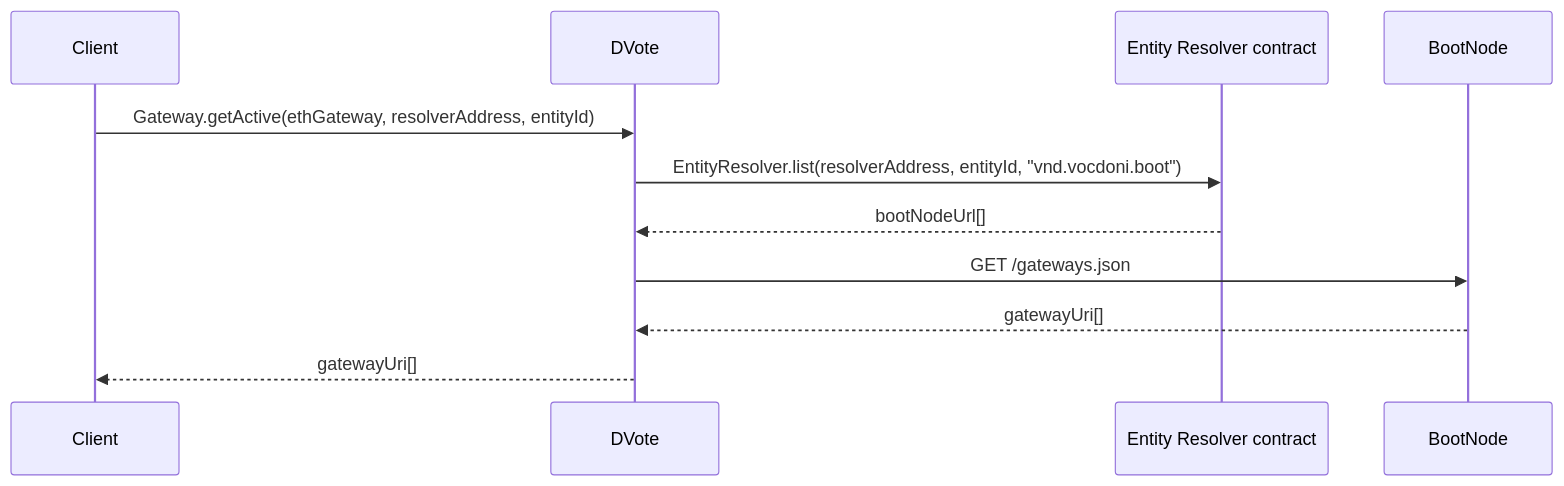
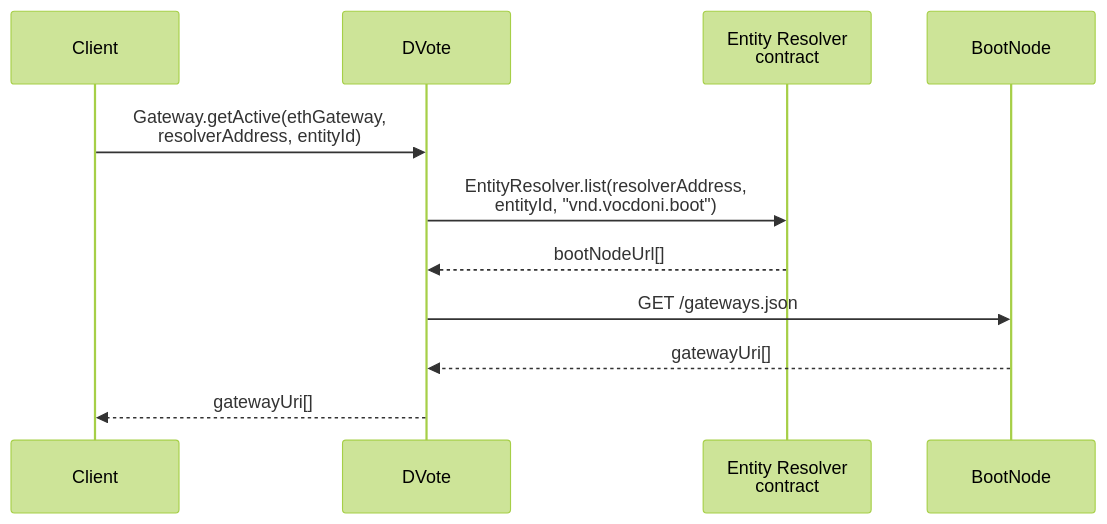
One commit to vocdoni/docs changed the first of 10 diagrams in src/architecture/sequence-diagrams.md. Above: the diagram before and after it, drawn with Mermaid. The commit also changed other lines of this file and 1 other file, not shown here.

Commit message:
Improve mermaid sequence diagrams

````diff
--- a/src/architecture/sequence-diagrams.md
+++ b/src/architecture/sequence-diagrams.md
@@ -37,17 +34,18 @@
 ```mermaid
+%%{init: {'theme':'forest'}}%%
 
 sequenceDiagram
     participant Client
     participant DV as DVote
-    participant ER as Entity Resolver contract
+    participant ER as Entity Resolver<br/> contract
     participant BN as BootNode
 
 
-    Client->>DV: Gateway.getActive(ethGateway, resolverAddress, entityId)
-        DV->>ER: EntityResolver.list(resolverAddress, entityId, "vnd.vocdoni.boot")
+    Client->>DV: Gateway.getActive(ethGateway,<br/> resolverAddress, entityId)
+        DV->>ER: EntityResolver.list(resolverAddress,<br/> entityId, "vnd.vocdoni.boot")
         ER-->>DV: bootNodeUrl[]
     
         DV->>BN: GET /gateways.json
         BN-->>DV: gatewayUri[]
     DV-->>Client: gatewayUri[]
 ```
````
